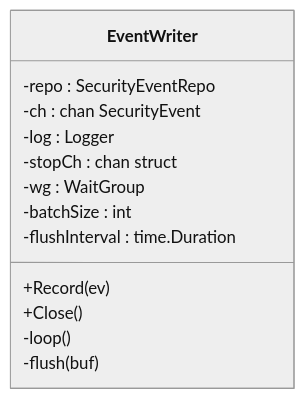
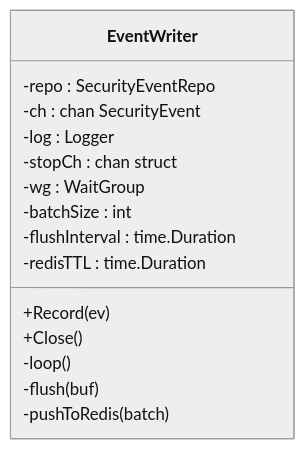
The fifth of 8 diagrams in docs/数据平面处理/SSE 事件推送.md (x01n/My-OpenWaf), drawn with Mermaid (neutral theme) before and after one commit. The commit also changed other lines of this file and 199 other files, not shown here.

````diff
--- a/docs/数据平面处理/SSE 事件推送.md
+++ b/docs/数据平面处理/SSE 事件推送.md
@@ -209,16 +209,18 @@
 ```mermaid
 classDiagram
 class EventWriter {
 -repo : SecurityEventRepo
 -ch : chan SecurityEvent
 -log : Logger
 -stopCh : chan struct
 -wg : WaitGroup
 -batchSize : int
 -flushInterval : time.Duration
+-redisTTL : time.Duration
 +Record(ev)
 +Close()
 -loop()
 -flush(buf)
+-pushToRedis(batch)
 }
 ```
````
